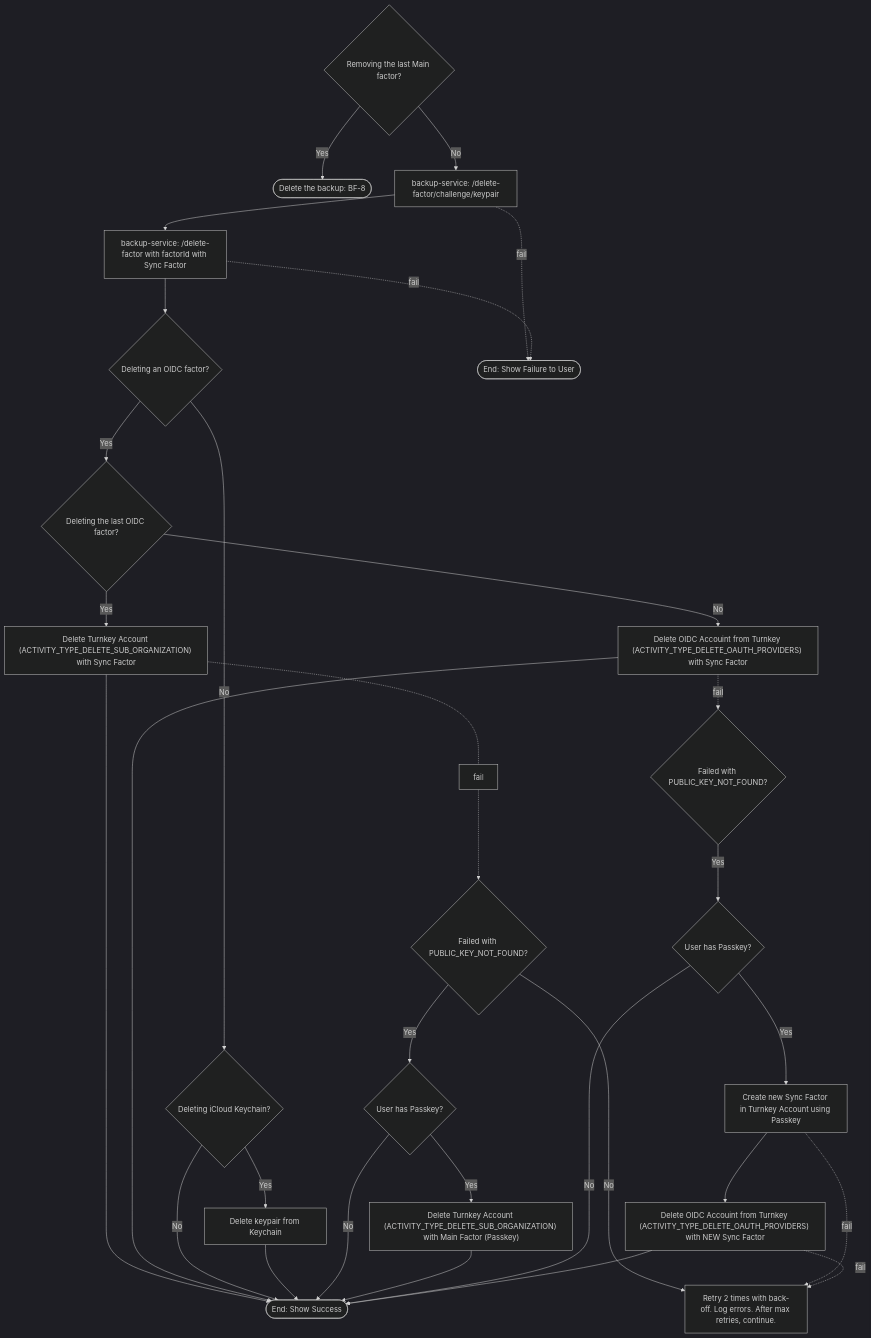
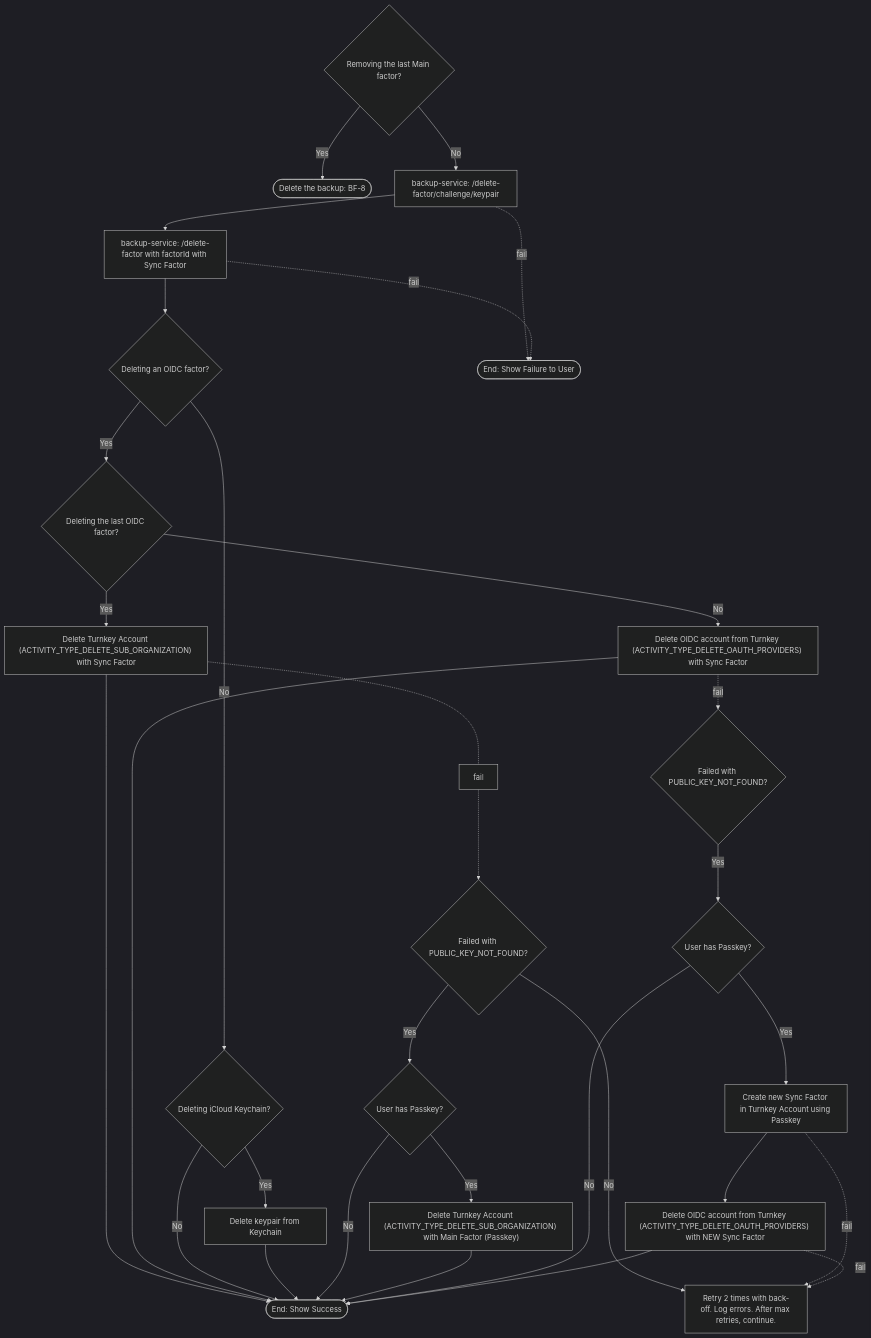
One commit to toolsforhumanity/docs changed the first of 2 diagrams in world-app/backup/flows.mdx. Above: the diagram before and after it, drawn with Mermaid (dark theme).

````diff
--- a/world-app/backup/flows.mdx
+++ b/world-app/backup/flows.mdx
@@ -16,37 +16,37 @@
 ```mermaid
 flowchart TD
     A{"Removing the last Main factor?"} -- Yes --> EndDelete(["Delete the backup: BF-8"])
     A -- No --> C["backup-service: /delete-factor/challenge/keypair"]
     C --> D["backup-service: /delete-factor with factorId with Sync Factor"]
     D --> E{"Deleting an OIDC factor?"}
     E -- Yes --> F{"Deleting the last OIDC factor?"}
     F -- Yes --> G["Delete Turnkey Account (ACTIVITY_TYPE_DELETE_SUB_ORGANIZATION) with Sync Factor"]
-    F -- No --> H["Delete OIDC Accouint from Turnkey (ACTIVITY_TYPE_DELETE_OAUTH_PROVIDERS) with Sync Factor"]
+    F -- No --> H["Delete OIDC account from Turnkey (ACTIVITY_TYPE_DELETE_OAUTH_PROVIDERS) with Sync Factor"]
     G --> EndSuccess
     H --> EndSuccess
 
     E -- No -->I{"Deleting iCloud Keychain?"}
     I -- No --> EndSuccess
     I -- Yes --> J["Delete keypair from Keychain"]
     J --> EndSuccess(["End: Show Success"])
     
     G .- fail .-> K{Failed with PUBLIC_KEY_NOT_FOUND?}
     K -- No --> Fail["Retry 2 times with back-off. Log errors. After max retries, continue."]
     K -- Yes --> L{"User has Passkey?"}
     L -- Yes --> M["Delete Turnkey Account (ACTIVITY_TYPE_DELETE_SUB_ORGANIZATION) with Main Factor (Passkey)"]
     L -- No --> EndSuccess
     M --> EndSuccess
 
     H -. fail .-> N{Failed with PUBLIC_KEY_NOT_FOUND?}
     N -- Yes --> Q{"User has Passkey?"}
     Q -- No --> EndSuccess
     Q -- Yes --> O["Create new Sync Factor in Turnkey Account using Passkey"]
-    O --> P["Delete OIDC Accouint from Turnkey (ACTIVITY_TYPE_DELETE_OAUTH_PROVIDERS) with NEW Sync Factor"]
+    O --> P["Delete OIDC account from Turnkey (ACTIVITY_TYPE_DELETE_OAUTH_PROVIDERS) with NEW Sync Factor"]
     P --> EndSuccess
 
     O -. fail .-> Fail
     P -. fail .-> Fail
 
     C -. fail .-> EndError(["End: Show Failure to User"])
     D -. fail .-> EndError
 ```
````
